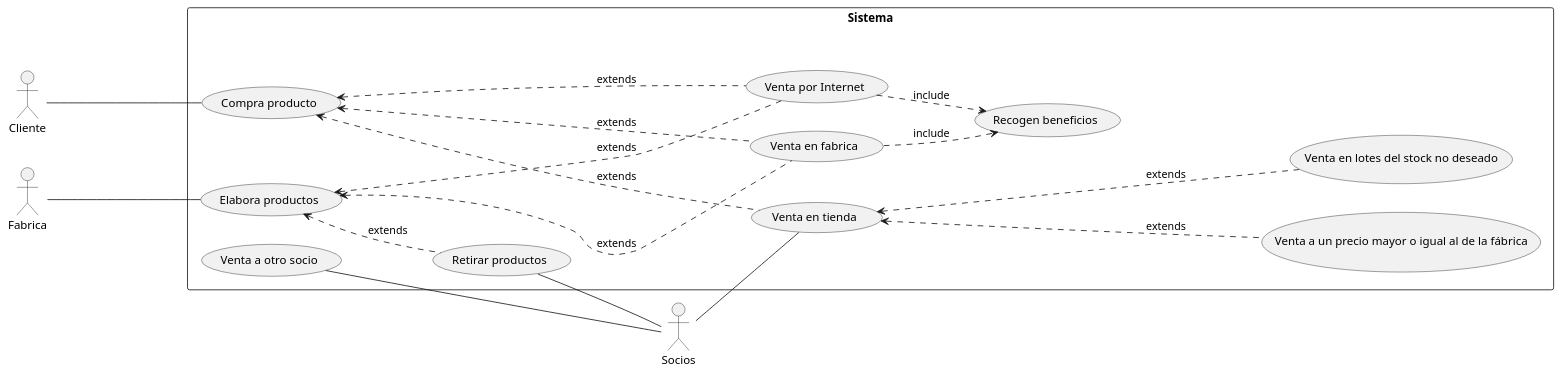
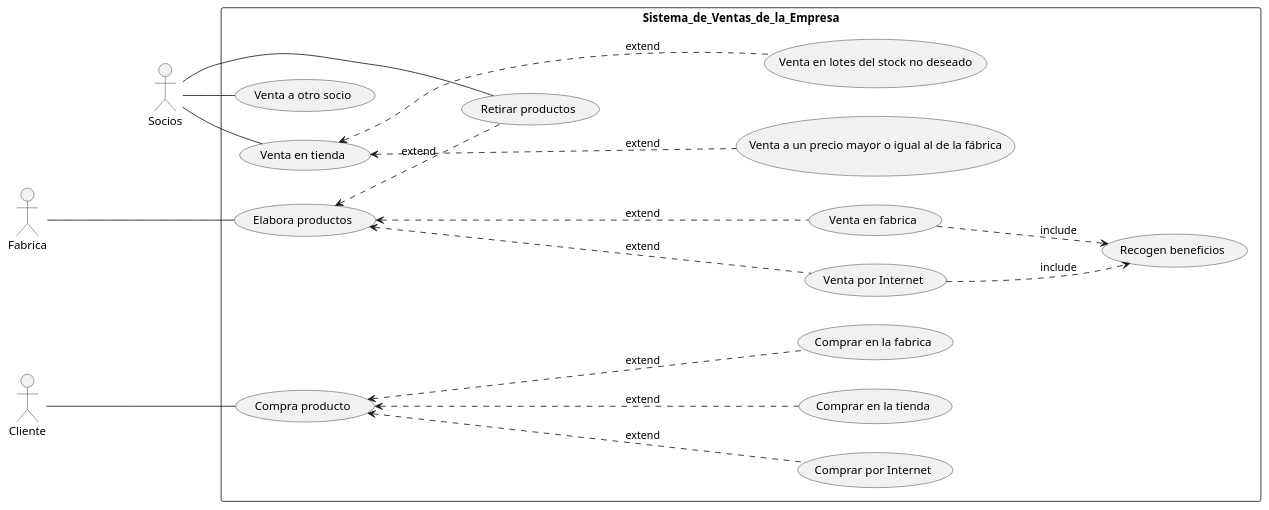
One commit to mgi007/PCV06-10 changed the diagram in src/Ejercicio1.puml. Above: the diagram before and after it, drawn with PlantUML. The commit also changed 4 other files, not shown here.

Commit message:
Práctica diagrama casos de uso UML con PlantUML

```diff
--- a/src/Ejercicio1.puml
+++ b/src/Ejercicio1.puml
@@ -1,50 +1,53 @@
 @startuml Ejercicio 1
 
 skinparam packageStyle rectangle
 left to right direction
 
 actor Socios
 
 actor Fabrica
 
 actor Cliente
 
-rectangle  Sistema {
+rectangle  Sistema_de_Ventas_de_la_Empresa {
 (Compra producto) as (Comprar)
+(Comprar en la fabrica) as (CompFab)
+(Comprar por Internet) as (CompInt)
+(Comprar en la tienda) as (CompTie)
 (Venta en fabrica) as (VenFab)
 (Venta por Internet) as (VenInt)
 (Venta en tienda) as (VenTien)
 (Venta a otro socio) as (VenSoc)
 (Recogen beneficios) as (Benef)
 (Elabora productos) as (Productos)
 (Retirar productos) as (Recoger)
 (Venta a un precio mayor o igual al de la fábrica) as (VentaNormal)
 (Venta en lotes del stock no deseado) as (Lotes)
 
 
 
 Fabrica ----  Productos
-Productos <.... VenInt : extends
-Productos <.... VenFab : extends
+Productos <.... VenInt : extend
+Productos <.... VenFab : extend
 
-Productos <.. Recoger : extends
+Productos <.. Recoger : extend
 
 Recoger ------ Socios
 
 Socios ----- VenSoc
 Socios -- VenTien
 
-VenTien <.... VentaNormal : extends
-VenTien <.... Lotes : extends
+VenTien <.... VentaNormal : extend
+VenTien <.... Lotes : extend
 
 Cliente ---- Comprar
-Comprar <.... VenTien: extends
-Comprar <.... VenFab : extends
-Comprar <.... VenInt : extends
+Comprar <.... CompTie: extend
+Comprar <.... CompFab : extend
+Comprar <.... CompInt : extend
 VenFab ..> Benef : include
 VenInt ..> Benef : include
 
 
 }
 
 @enduml
```
